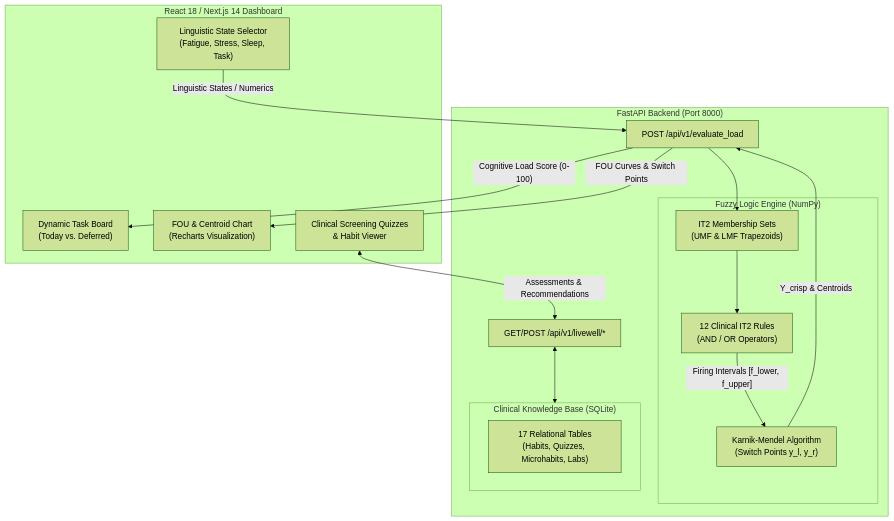
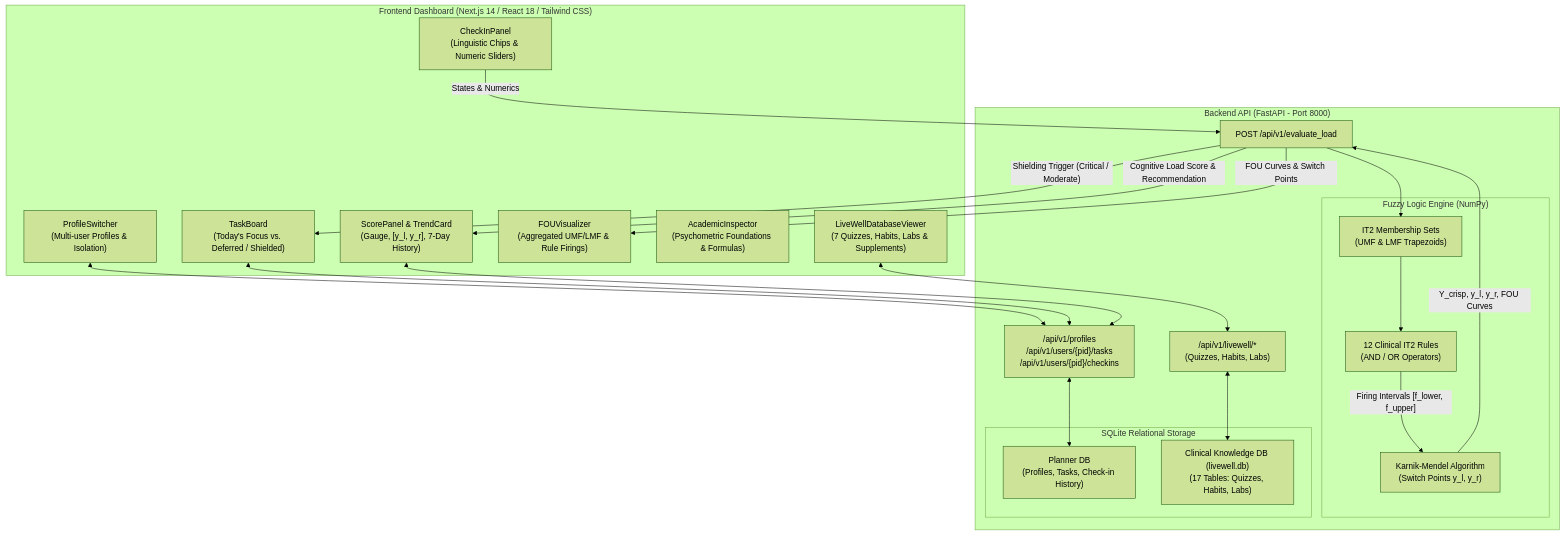
One commit to Sharankaranam/FSS-I changed the diagram in README.md. Above: the diagram before and after it, drawn with Mermaid (forest theme). The commit also changed other lines of this file, not shown here.

````diff
--- a/README.md
+++ b/README.md
@@ -37,35 +47,46 @@
 ```mermaid
 flowchart TD
-    subgraph Frontend["React 18 / Next.js 14 Dashboard"]
-        UI_Input["Linguistic State Selector\n(Fatigue, Stress, Sleep, Task)"]
-        UI_Kanban["Dynamic Task Board\n(Today vs. Deferred)"]
-        UI_FOU["FOU & Centroid Chart\n(Recharts Visualization)"]
-        UI_Quizzes["Clinical Screening Quizzes\n& Habit Viewer"]
+    subgraph Frontend["Frontend Dashboard (Next.js 14 / React 18 / Tailwind CSS)"]
+        UI_Checkin["CheckInPanel\n(Linguistic Chips & Numeric Sliders)"]
+        UI_Score["ScorePanel & TrendCard\n(Gauge, [y_l, y_r], 7-Day History)"]
+        UI_Kanban["TaskBoard\n(Today's Focus vs. Deferred / Shielded)"]
+        UI_Profile["ProfileSwitcher\n(Multi-user Profiles & Isolation)"]
+        UI_FOU["FOUVisualizer\n(Aggregated UMF/LMF & Rule Firings)"]
+        UI_Inspector["AcademicInspector\n(Psychometric Foundations & Formulas)"]
+        UI_Library["LiveWellDatabaseViewer\n(7 Quizzes, Habits, Labs & Supplements)"]
     end
 
-    subgraph Backend["FastAPI Backend (Port 8000)"]
+    subgraph Backend["Backend API (FastAPI - Port 8000)"]
         API_Eval["POST /api/v1/evaluate_load"]
-        API_LiveWell["GET/POST /api/v1/livewell/*"]
-        
+        API_Planner["/api/v1/profiles\n/api/v1/users/{pid}/tasks\n/api/v1/users/{pid}/checkins"]
+        API_LiveWell["/api/v1/livewell/*\n(Quizzes, Habits, Labs)"]
+
         subgraph FuzzyEngine["Fuzzy Logic Engine (NumPy)"]
             IT2_Sets["IT2 Membership Sets\n(UMF & LMF Trapezoids)"]
             RuleBase["12 Clinical IT2 Rules\n(AND / OR Operators)"]
             KM_Algo["Karnik-Mendel Algorithm\n(Switch Points y_l, y_r)"]
         end
 
-        subgraph DB["Clinical Knowledge Base (SQLite)"]
-            Schema["17 Relational Tables\n(Habits, Quizzes, Microhabits, Labs)"]
+        subgraph Storage["SQLite Relational Storage"]
+            DB_Planner["Planner DB\n(Profiles, Tasks, Check-in History)"]
+            DB_LiveWell["Clinical Knowledge DB (livewell.db)\n(17 Tables: Quizzes, Habits, Labs)"]
         end
     end
 
-    UI_Input -->|"Linguistic States / Numerics"| API_Eval
+    UI_Checkin -->|"States & Numerics"| API_Eval
     API_Eval --> IT2_Sets
     IT2_Sets --> RuleBase
     RuleBase -->|"Firing Intervals [f_lower, f_upper]"| KM_Algo
-    KM_Algo -->|"Y_crisp & Centroids"| API_Eval
-    API_Eval -->|"Cognitive Load Score (0-100)"| UI_Kanban
+    KM_Algo -->|"Y_crisp, y_l, y_r, FOU Curves"| API_Eval
+    API_Eval -->|"Cognitive Load Score & Recommendation"| UI_Score
+    API_Eval -->|"Shielding Trigger (Critical / Moderate)"| UI_Kanban
     API_Eval -->|"FOU Curves & Switch Points"| UI_FOU
-    
-    UI_Quizzes <-->|"Assessments & Recommendations"| API_LiveWell
-    API_LiveWell <--> DB
+
+    UI_Profile <--> API_Planner
+    UI_Kanban <--> API_Planner
+    UI_Score <--> API_Planner
+    API_Planner <--> DB_Planner
+
+    UI_Library <--> API_LiveWell
+    API_LiveWell <--> DB_LiveWell
 ```
````
